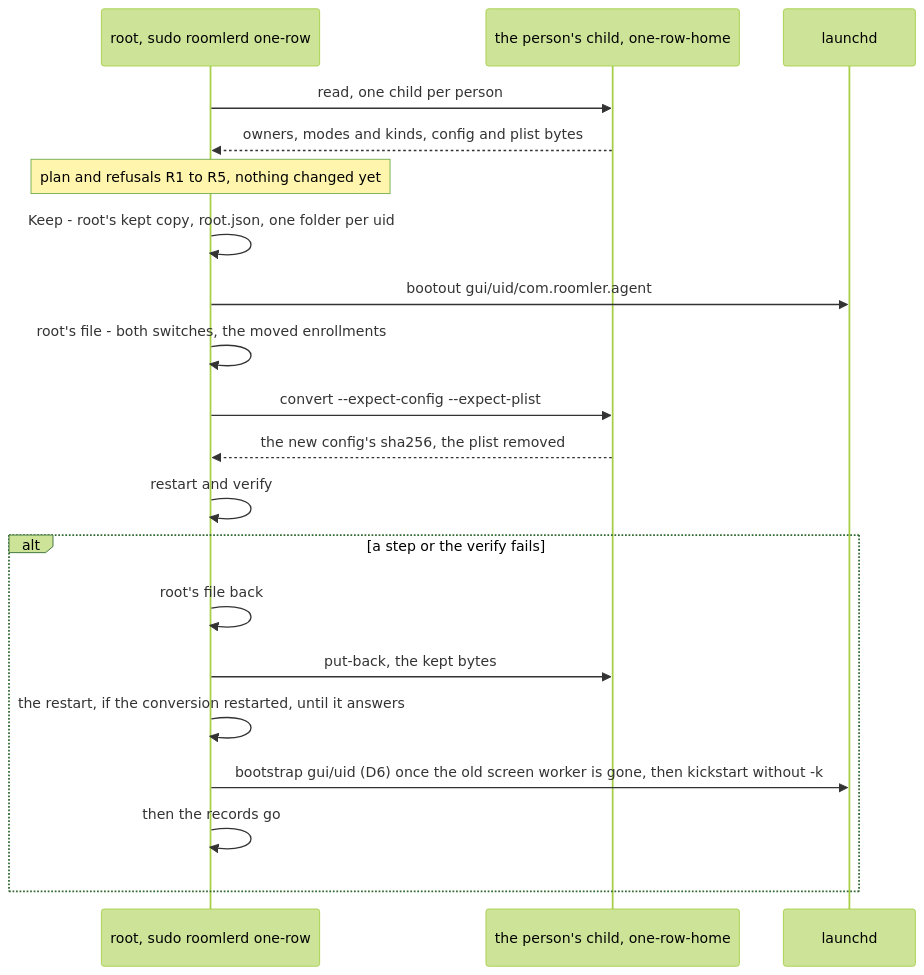
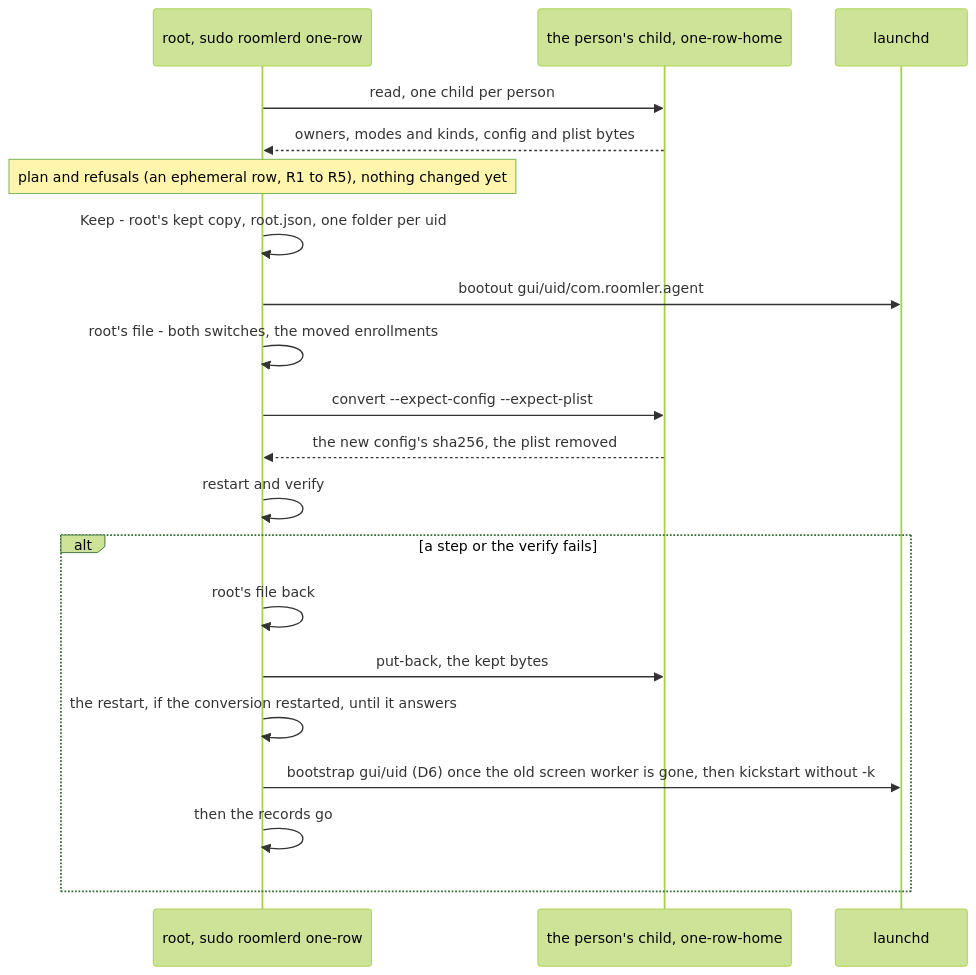
The diagram in docs/fr/FR-147-root-out-of-homes-macos.md (gjovanov/roomler-ai), drawn with Mermaid (forest theme) before and after one commit. The commit also changed other lines of this file and 5 other files, not shown here.

````diff
--- a/docs/fr/FR-147-root-out-of-homes-macos.md
+++ b/docs/fr/FR-147-root-out-of-homes-macos.md
@@ -129,22 +129,22 @@
 ```mermaid
 sequenceDiagram
     participant R as root, sudo roomlerd one-row
     participant C as the person's child, one-row-home
     participant D as launchd
     R->>C: read, one child per person
     C-->>R: owners, modes and kinds, config and plist bytes
-    Note over R: plan and refusals R1 to R5, nothing changed yet
+    Note over R: plan and refusals (an ephemeral row, R1 to R5), nothing changed yet
     R->>R: Keep - root's kept copy, root.json, one folder per uid
     R->>D: bootout gui/uid/com.roomler.agent
     R->>R: root's file - both switches, the moved enrollments
     R->>C: convert --expect-config --expect-plist
     C-->>R: the new config's sha256, the plist removed
     R->>R: restart and verify
     alt a step or the verify fails
         R->>R: root's file back
         R->>C: put-back, the kept bytes
         R->>R: the restart, if the conversion restarted, until it answers
         R->>D: bootstrap gui/uid (D6) once the old screen worker is gone, then kickstart without -k
         R->>R: then the records go
     end
 ```
````
